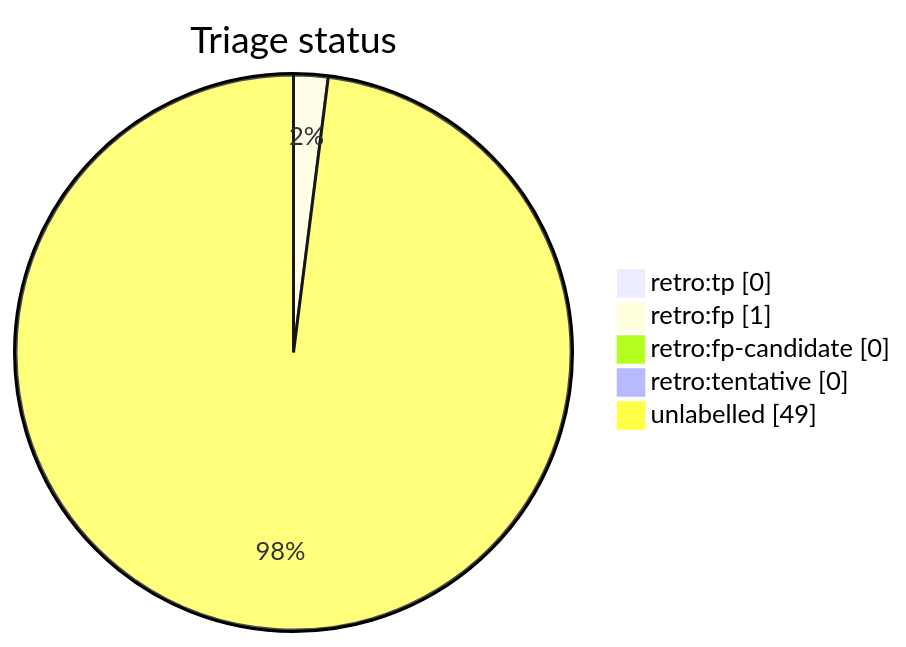
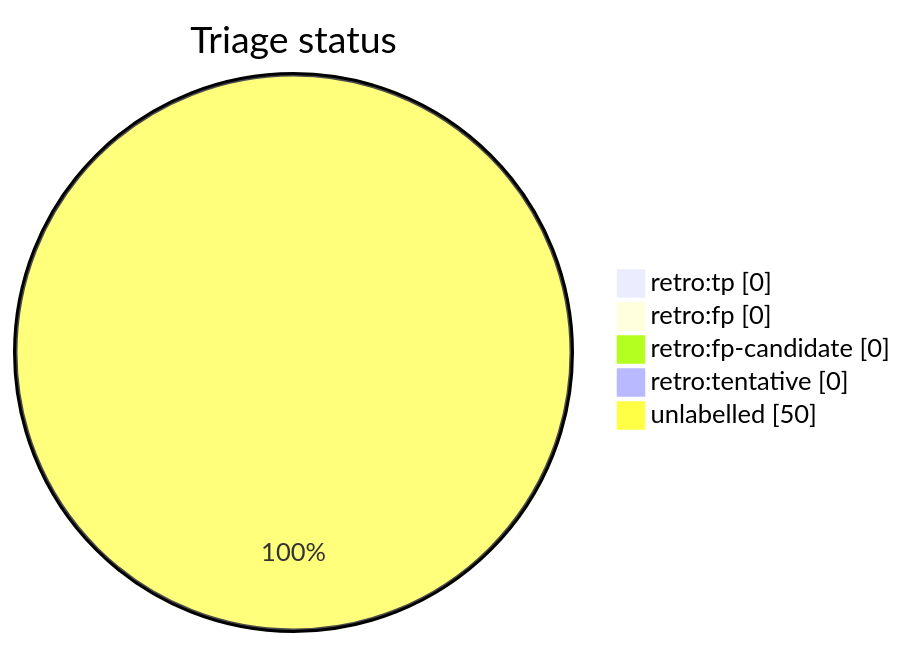
The diagram in docs/generated/scripts/auto-retro-triage-report.md (tvna/claude-md), drawn with Mermaid before and after one commit. The commit also changed other lines of this file, not shown here.

First line of the commit message:
chore(auto-retro): refresh triage report

````diff
--- a/docs/generated/scripts/auto-retro-triage-report.md
+++ b/docs/generated/scripts/auto-retro-triage-report.md
@@ -15,9 +15,9 @@
 ```mermaid
 pie showData
     title Triage status
     "retro:tp" : 0
-    "retro:fp" : 1
+    "retro:fp" : 0
     "retro:fp-candidate" : 0
     "retro:tentative" : 0
-    "unlabelled" : 49
+    "unlabelled" : 50
 ```
````
